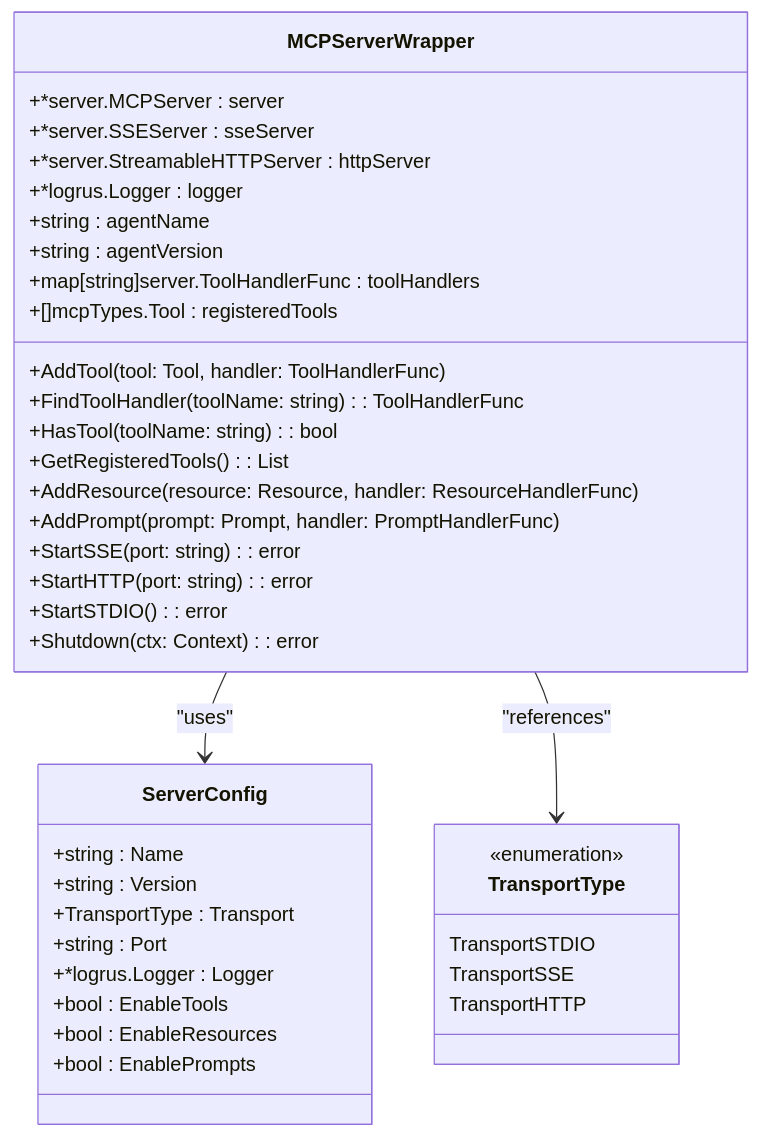
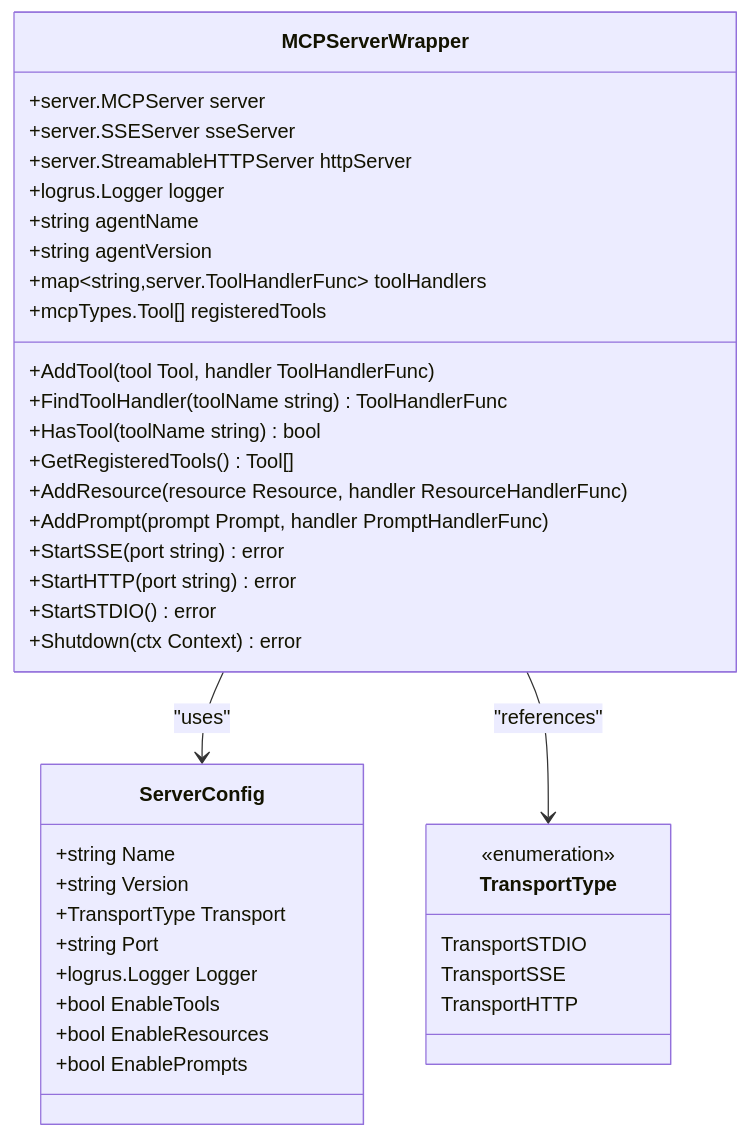
Before and after one commit to prxs-ai/praxis-go-sdk: the third of 9 diagrams in docs/Core Services/MCP Protocol.md, drawn with Mermaid. The commit also changed other lines of this file and 33 other files, not shown here.

````diff
--- a/docs/Core Services/MCP Protocol.md
+++ b/docs/Core Services/MCP Protocol.md
@@ -130,41 +130,41 @@
 ```mermaid
 classDiagram
 class MCPServerWrapper {
-+*server.MCPServer : server
-+*server.SSEServer : sseServer
-+*server.StreamableHTTPServer : httpServer
-+*logrus.Logger : logger
-+string : agentName
-+string : agentVersion
-+map[string]server.ToolHandlerFunc : toolHandlers
-+[]mcpTypes.Tool : registeredTools
-+AddTool(tool: Tool, handler: ToolHandlerFunc)
-+FindToolHandler(toolName: string) : ToolHandlerFunc
-+HasTool(toolName: string) : bool
-+GetRegisteredTools() : List<Tool>
-+AddResource(resource: Resource, handler: ResourceHandlerFunc)
-+AddPrompt(prompt: Prompt, handler: PromptHandlerFunc)
-+StartSSE(port: string) : error
-+StartHTTP(port: string) : error
-+StartSTDIO() : error
-+Shutdown(ctx: Context) : error
++server.MCPServer server
++server.SSEServer sseServer
++server.StreamableHTTPServer httpServer
++logrus.Logger logger
++string agentName
++string agentVersion
++map~string,server.ToolHandlerFunc~ toolHandlers
++mcpTypes.Tool[] registeredTools
++AddTool(tool Tool, handler ToolHandlerFunc)
++FindToolHandler(toolName string) ToolHandlerFunc
++HasTool(toolName string) bool
++GetRegisteredTools() Tool[]
++AddResource(resource Resource, handler ResourceHandlerFunc)
++AddPrompt(prompt Prompt, handler PromptHandlerFunc)
++StartSSE(port string) error
++StartHTTP(port string) error
++StartSTDIO() error
++Shutdown(ctx Context) error
 }
 class ServerConfig {
-+string : Name
-+string : Version
-+TransportType : Transport
-+string : Port
-+*logrus.Logger : Logger
-+bool : EnableTools
-+bool : EnableResources
-+bool : EnablePrompts
++string Name
++string Version
++TransportType Transport
++string Port
++logrus.Logger Logger
++bool EnableTools
++bool EnableResources
++bool EnablePrompts
 }
 class TransportType {
 <<enumeration>>
 TransportSTDIO
 TransportSSE
 TransportHTTP
 }
 MCPServerWrapper --> ServerConfig : "uses"
 MCPServerWrapper --> TransportType : "references"
 ```
````
